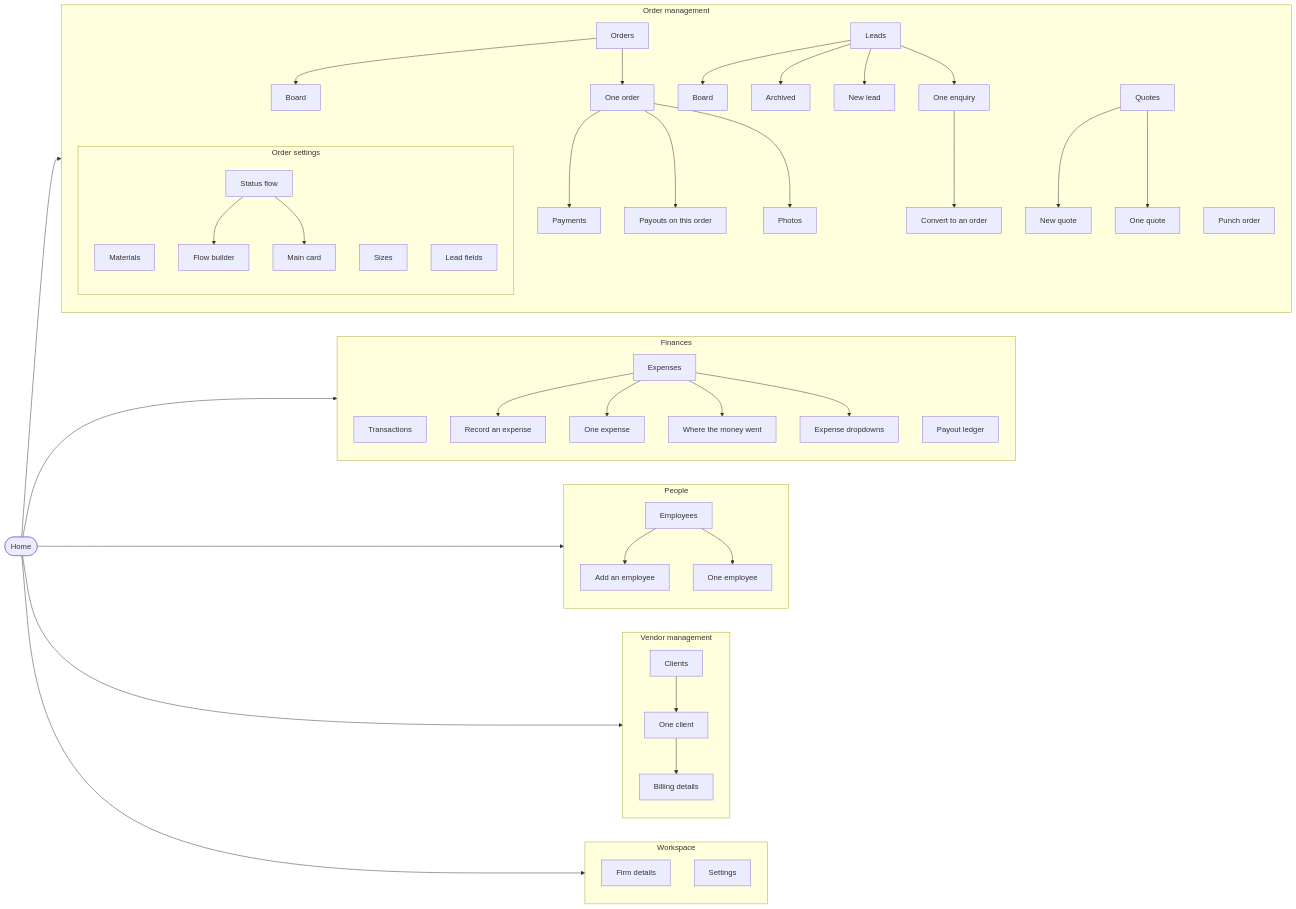
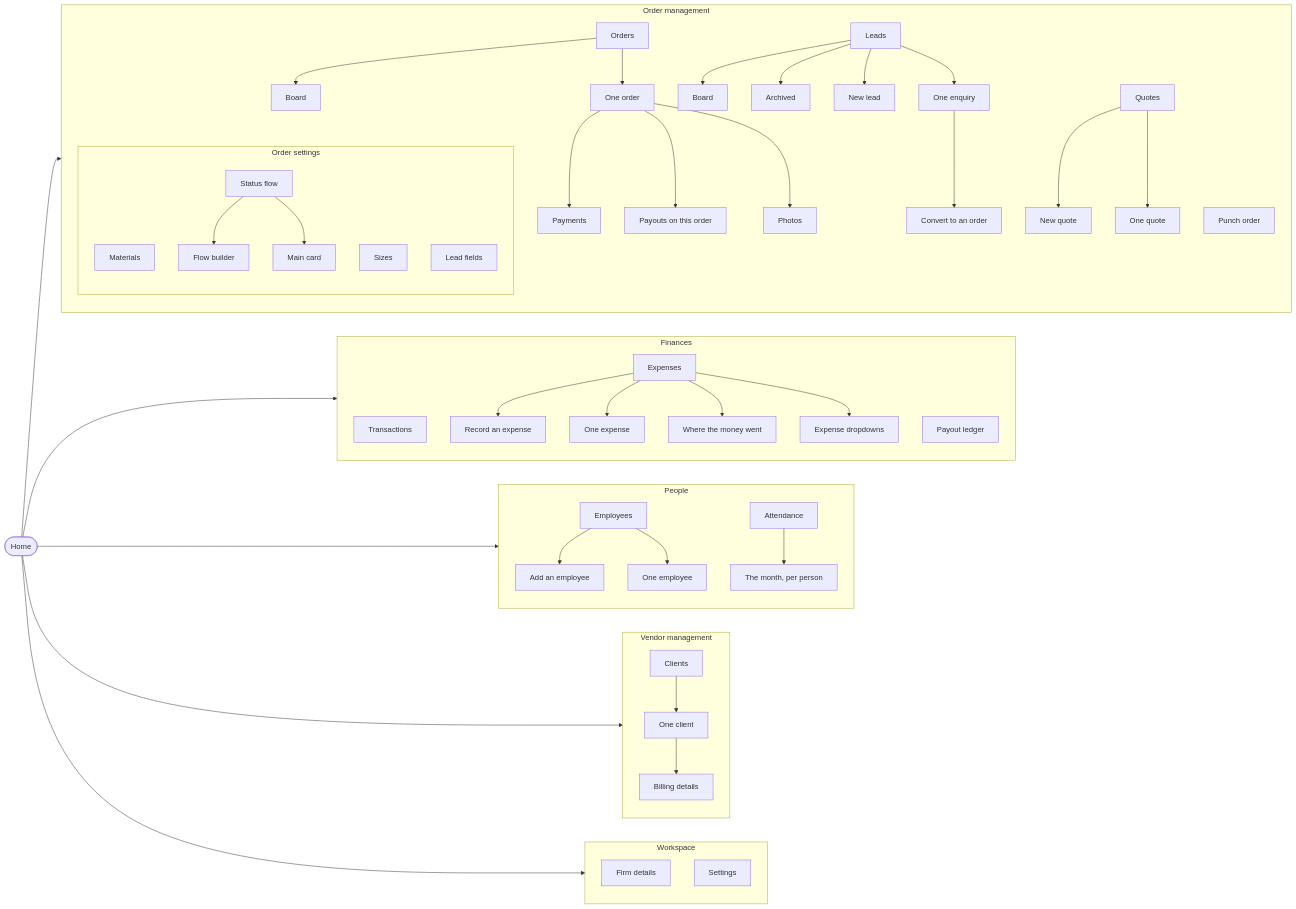
The diagram in docs/NAVIGATION.md (firstleaptechnologies-coder/factory-automation), drawn with Mermaid before and after one commit. The commit also changed other lines of this file and 39 other files, not shown here.

```diff
--- a/docs/NAVIGATION.md
+++ b/docs/NAVIGATION.md
@@ -83,6 +83,9 @@
     employees --> employee_form
     employee_detail["One employee"]
     employees --> employee_detail
+    attendance["Attendance"]
+    attendance_month["The month, per person"]
+    attendance --> attendance_month
   end
   Home --> cat_people
   subgraph cat_vendors["Vendor management"]
```
